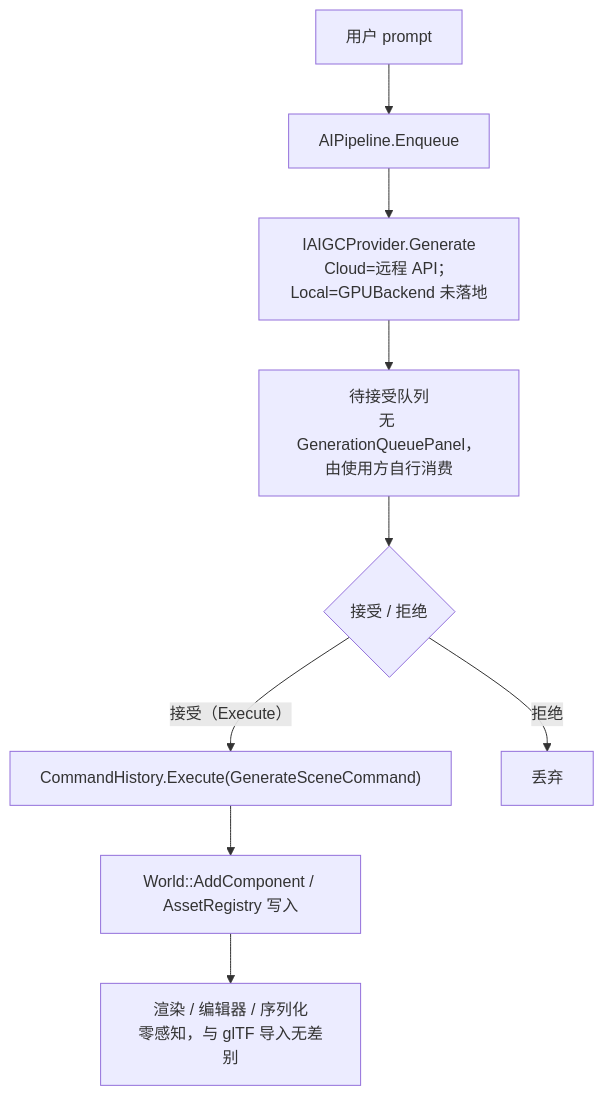
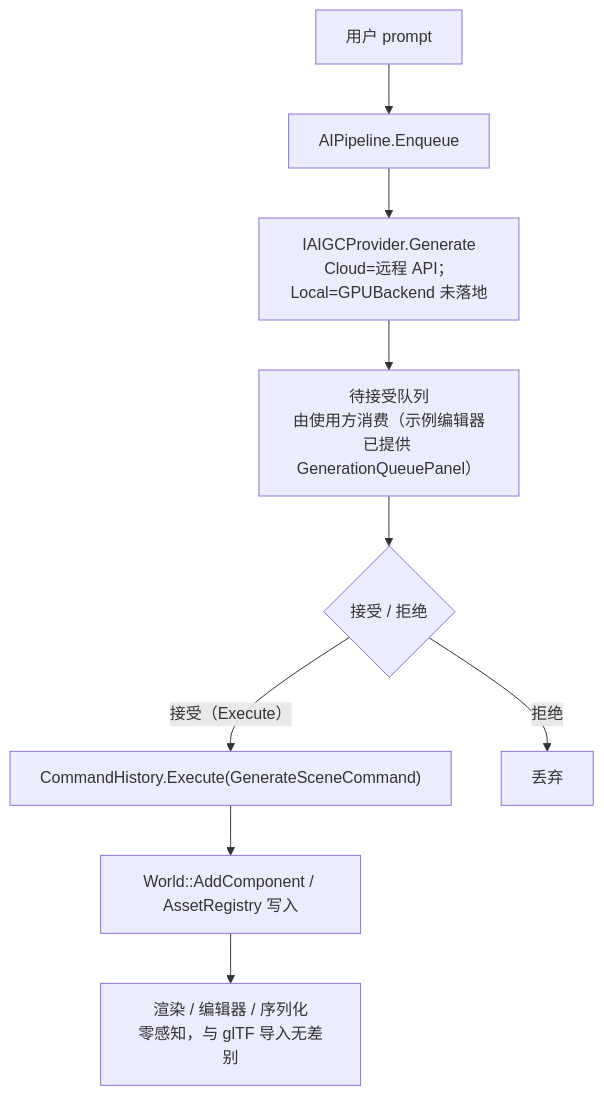
One commit to huguozhu/HugEngine changed the third of 5 diagrams in docs/HugEngine引擎介绍/23.AI架构设计.md. Above: the diagram before and after it, drawn with Mermaid. The commit also changed other lines of this file and 1 other file, not shown here.

````diff
--- a/docs/HugEngine引擎介绍/23.AI架构设计.md
+++ b/docs/HugEngine引擎介绍/23.AI架构设计.md
@@ -1086,11 +1086,11 @@
 ```mermaid
 flowchart TD
     P["用户 prompt"] --> E["AIPipeline.Enqueue"]
     E --> G["IAIGCProvider.Generate<br/>Cloud=远程 API；Local=GPUBackend 未落地"]
-    G --> Q["待接受队列<br/>无 GenerationQueuePanel，由使用方自行消费"]
+    G --> Q["待接受队列<br/>由使用方消费（示例编辑器已提供 GenerationQueuePanel）"]
     Q --> A{"接受 / 拒绝"}
     A -->|"接受（Execute）"| C["CommandHistory.Execute(GenerateSceneCommand)"]
     A -->|"拒绝"| D["丢弃"]
     C --> W["World::AddComponent / AssetRegistry 写入"]
     W --> R["渲染 / 编辑器 / 序列化<br/>零感知，与 glTF 导入无差别"]
 ```
````
